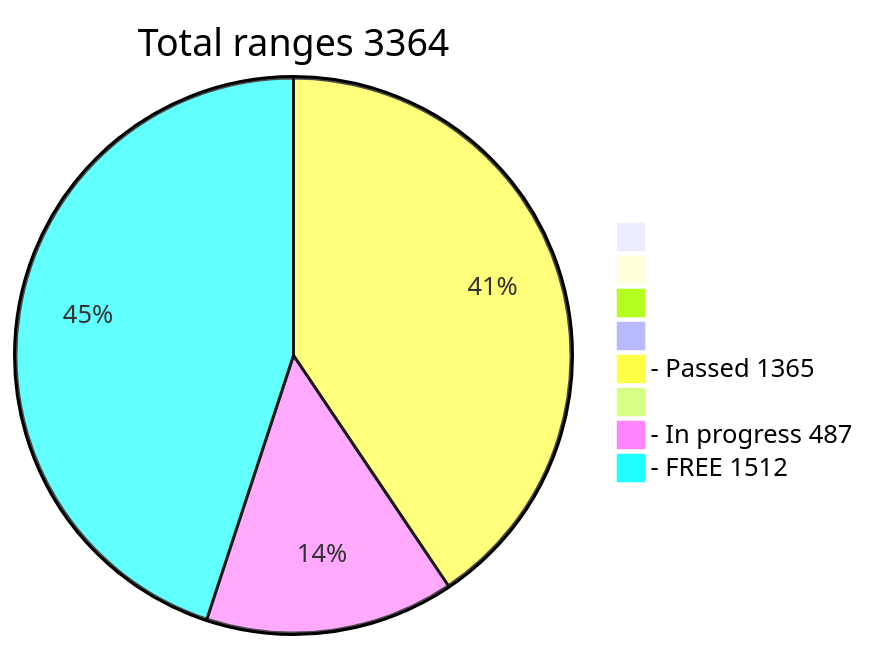
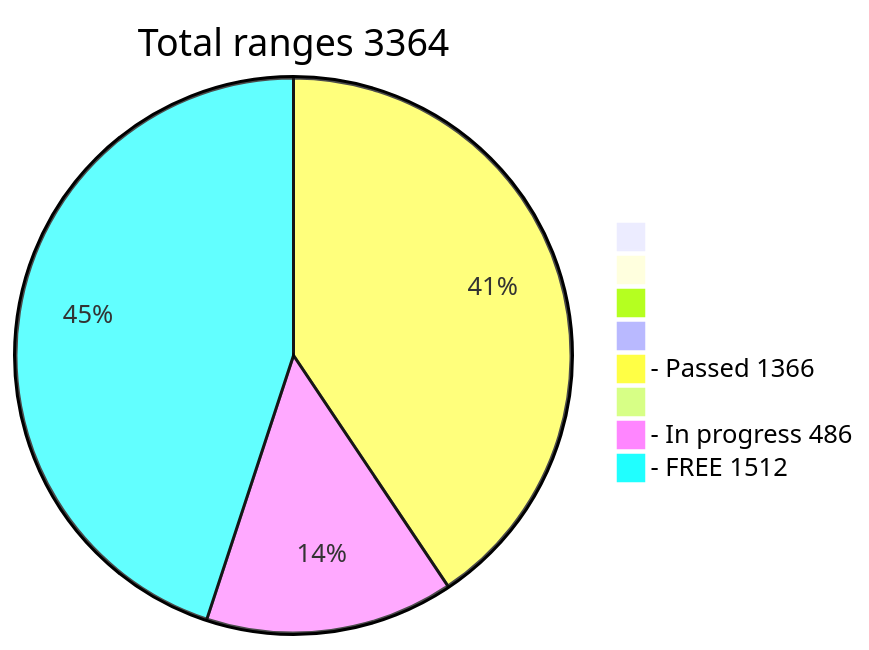
One commit to phrutis/wif500 changed the diagram in README.md. Above: the diagram before and after it, drawn with Mermaid.

````diff
--- a/README.md
+++ b/README.md
@@ -16,12 +16,12 @@
 ```mermaid
 pie title Total ranges 3364
              " " : 0
             "  " : 0
            "   " : 0
           "    " : 0
-  "- Passed 1365" : 1365
+  "- Passed 1366" : 1366
          "     " : 0
-  "- In progress 487" : 487
+  "- In progress 486" : 486
    "- FREE 1512" : 1512
    
 ```
````
